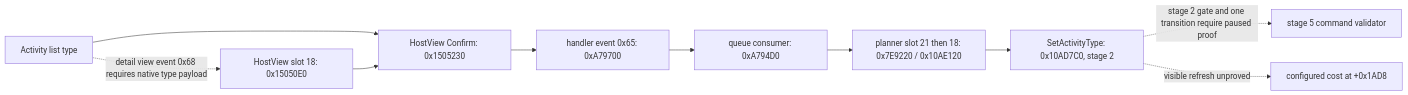
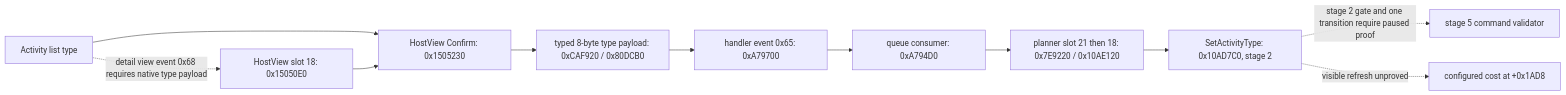
The third of 3 diagrams in docs/ck3-native-ai/activity-planning-semantic-seam-1.19.0.6.md (XenoAmess/ck3_eternal_recurrence), drawn with Mermaid before and after one commit. The commit also changed other lines of this file, not shown here.

Commit message:
M6-ACTIVITY Trace typed feast planner event payload

````diff
--- a/docs/ck3-native-ai/activity-planning-semantic-seam-1.19.0.6.md
+++ b/docs/ck3-native-ai/activity-planning-semantic-seam-1.19.0.6.md
@@ -394,12 +394,13 @@
 ```mermaid
 flowchart LR
     A[Activity list type] --> B[HostView Confirm: 0x1505230]
     A -. detail view event 0x68 requires native type payload .-> H[HostView slot 18: 0x15050E0]
     H --> B
-    B --> C[handler event 0x65: 0xA79700]
+    B --> P[typed 8-byte type payload: 0xCAF920 / 0x80DCB0]
+    P --> C[handler event 0x65: 0xA79700]
     C --> Q[queue consumer: 0xA794D0]
     Q --> D[planner slot 21 then 18: 0x7E9220 / 0x10AE120]
     D --> E[SetActivityType: 0x10AD7C0, stage 2]
     E -. stage 2 gate and one transition require paused proof .-> F[stage 5 command validator]
     E -. visible refresh unproved .-> G[configured cost at +0x1AD8]
 ```
````
